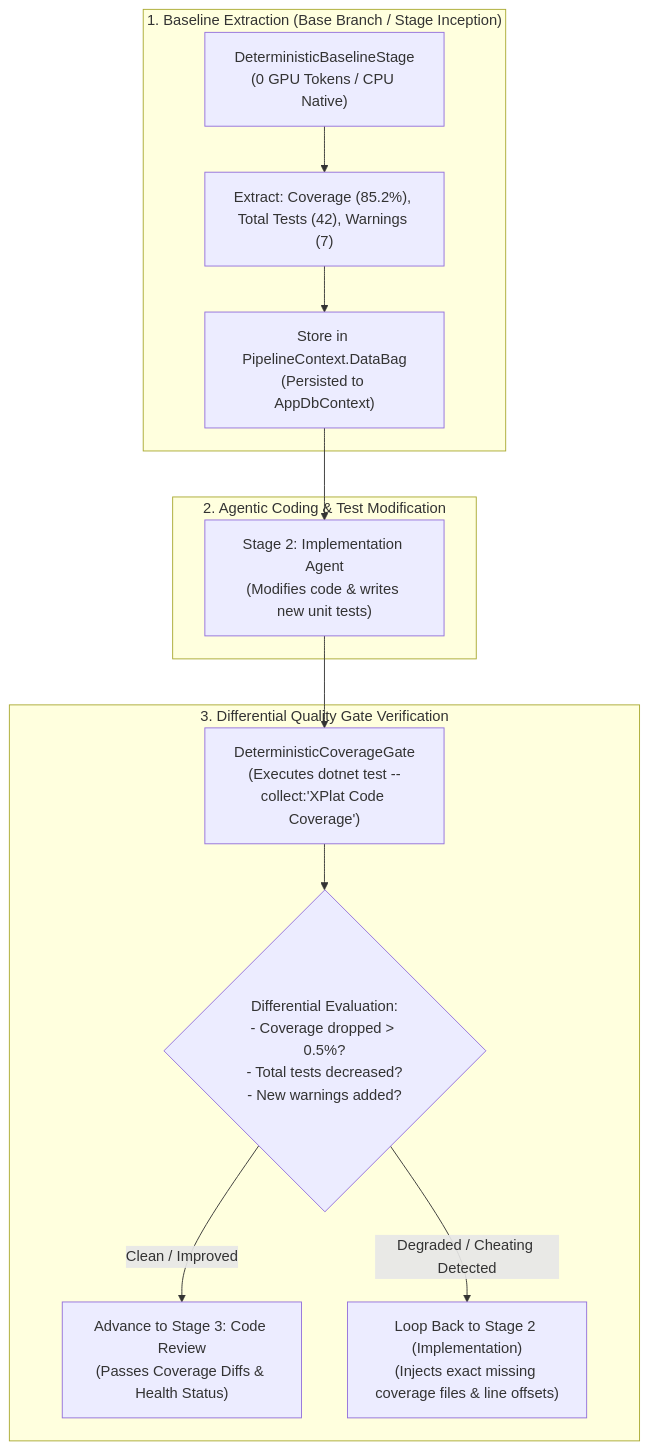
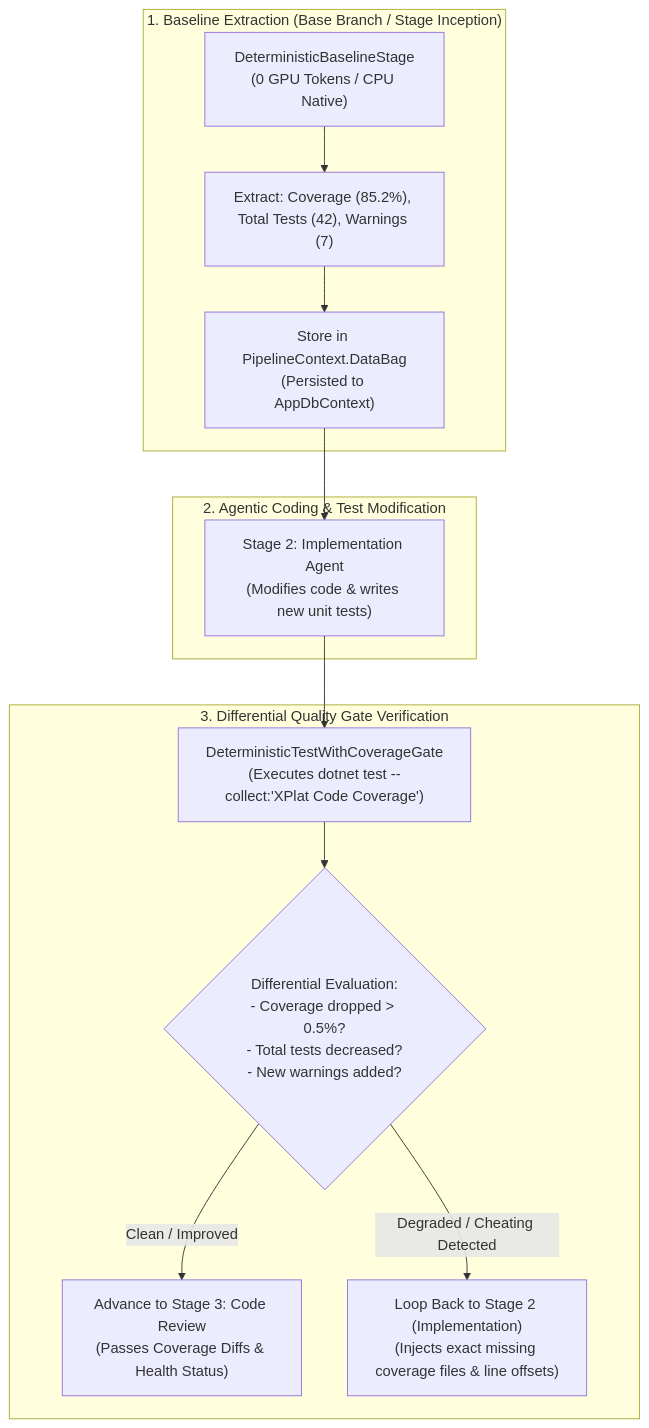
The sixth of 23 diagrams in docs/ARCHITECTURE.md (jetelain/NightCodeForge), drawn with Mermaid before and after one commit. The commit also changed other lines of this file and 33 other files, not shown here.

````diff
--- a/docs/ARCHITECTURE.md
+++ b/docs/ARCHITECTURE.md
@@ -489,26 +489,26 @@
 ```mermaid
 flowchart TD
     subgraph BaselinePhase ["1. Baseline Extraction (Base Branch / Stage Inception)"]
         RunBaseline["DeterministicBaselineStage\n(0 GPU Tokens / CPU Native)"]
         ExtractBaseline["Extract: Coverage (85.2%), Total Tests (42), Warnings (7)"]
         StoreBag["Store in PipelineContext.DataBag\n(Persisted to AppDbContext)"]
     end
 
     subgraph ImplementationPhase ["2. Agentic Coding & Test Modification"]
         Agent["Stage 2: Implementation Agent\n(Modifies code & writes new unit tests)"]
     end
 
     subgraph DifferentialGate ["3. Differential Quality Gate Verification"]
-        RunCurrent["DeterministicCoverageGate\n(Executes dotnet test --collect:'XPlat Code Coverage')"]
+        RunCurrent["DeterministicTestWithCoverageGate\n(Executes dotnet test --collect:'XPlat Code Coverage')"]
         Compare{"Differential Evaluation:\n- Coverage dropped > 0.5%?\n- Total tests decreased?\n- New warnings added?"}
         PassGate["Advance to Stage 3: Code Review\n(Passes Coverage Diffs & Health Status)"]
         FailGate["Loop Back to Stage 2 (Implementation)\n(Injects exact missing coverage files & line offsets)"]
     end
 
     RunBaseline --> ExtractBaseline --> StoreBag
     StoreBag --> Agent
     Agent --> RunCurrent
     RunCurrent --> Compare
     Compare -->|Clean / Improved| PassGate
     Compare -->|Degraded / Cheating Detected| FailGate
 ```
````
